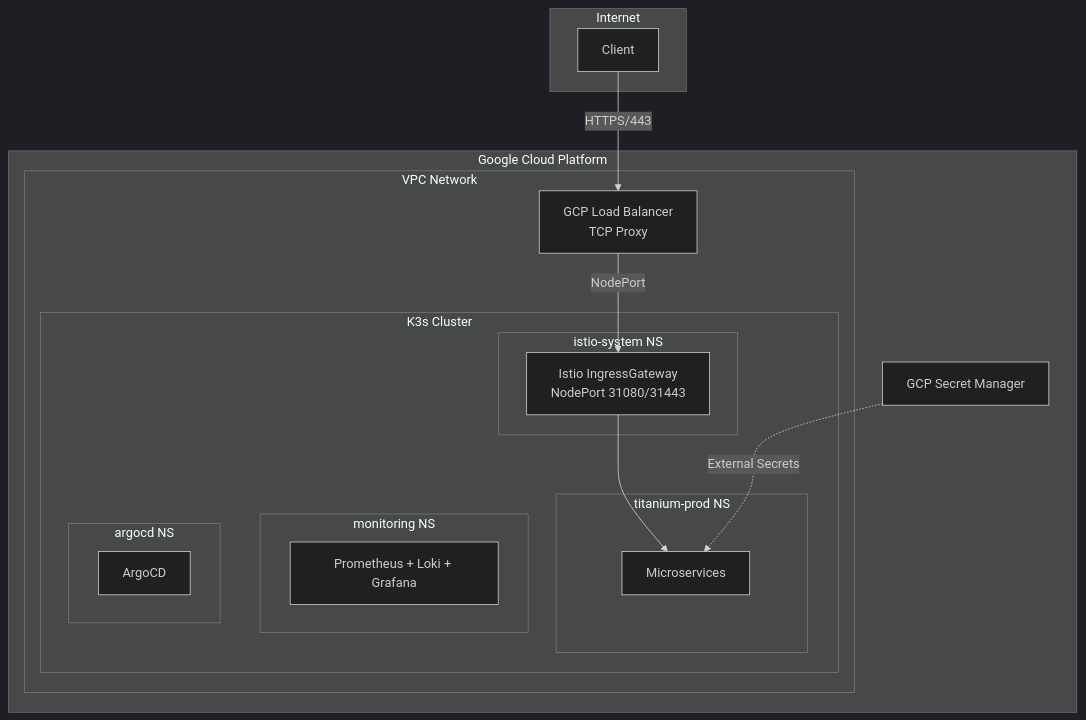
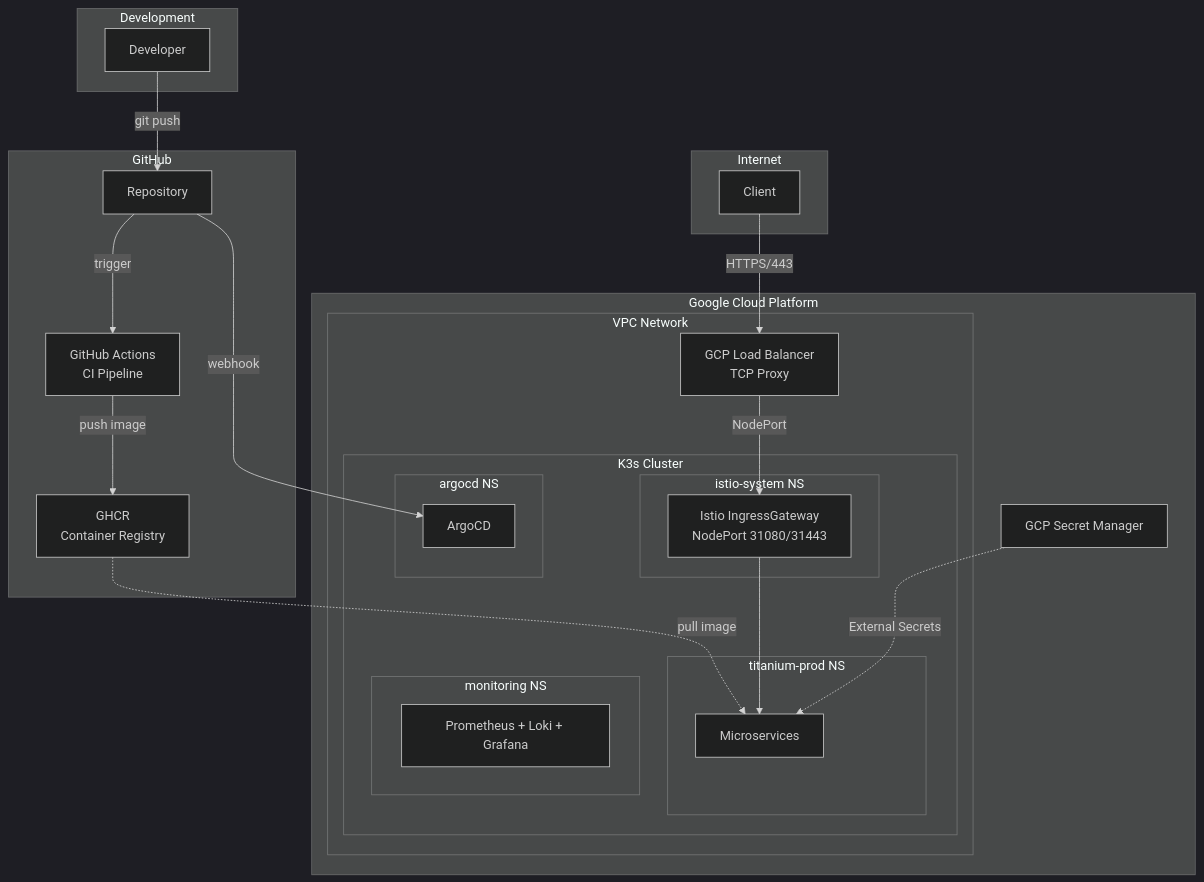
Before and after one commit to DvwN-Lee/Monitoring-v3: the first of 9 diagrams in docs/architecture/README.md, drawn with Mermaid (dark theme). The commit also changed other lines of this file, not shown here.

Commit message:
docs(architecture): 메인 시스템 아키텍처 다이어그램에 CI/CD 흐름 통합
메인 다이어그램에 Developer, GitHub(Repository, Actions, GHCR) subgraph 및
CI/CD 연결 흐름을 추가하여 단일 다이어그램으로 전체 아키텍처를 표현한다.
하단 CI/CD 파이프라인 섹션의 별도 Mermaid 다이어그램은 텍스트 설명으로 대체한다.

````diff
--- a/docs/architecture/README.md
+++ b/docs/architecture/README.md
@@ -25,37 +25,57 @@
 ```mermaid
 flowchart TB
+    subgraph Dev["Development"]
+        Developer[Developer]
+    end
+
+    subgraph GitHub["GitHub"]
+        Repo[Repository]
+        Actions[GitHub Actions<br/>CI Pipeline]
+        GHCR[GHCR<br/>Container Registry]
+    end
+
     subgraph Internet
         Client[Client]
     end
 
     subgraph GCP["Google Cloud Platform"]
         subgraph VPC["VPC Network"]
             LB[GCP Load Balancer<br/>TCP Proxy]
 
             subgraph K3s["K3s Cluster"]
                 subgraph istio-system["istio-system NS"]
                     IGW[Istio IngressGateway<br/>NodePort 31080/31443]
                 end
 
                 subgraph titanium-prod["titanium-prod NS"]
                     Services[Microservices]
                 end
 
                 subgraph monitoring["monitoring NS"]
                     Mon[Prometheus + Loki + Grafana]
                 end
 
                 subgraph argocd-ns["argocd NS"]
                     ArgoCD[ArgoCD]
                 end
             end
         end
 
         SM[GCP Secret Manager]
     end
 
+    %% CI Flow
+    Developer -->|git push| Repo
+    Repo -->|trigger| Actions
+    Actions -->|push image| GHCR
+
+    %% CD Flow
+    Repo -->|webhook| ArgoCD
+    GHCR -.->|pull image| Services
+
+    %% Request Flow
     Client -->|HTTPS/443| LB
     LB -->|NodePort| IGW
     IGW --> Services
     SM -.->|External Secrets| Services
 ```
````
